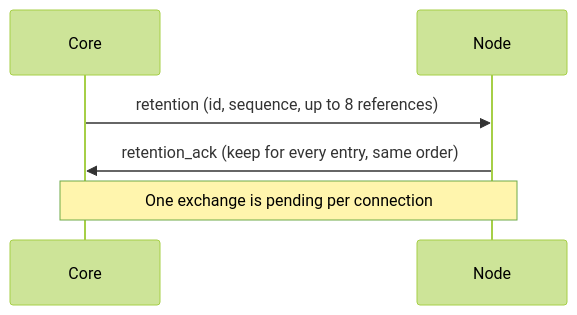
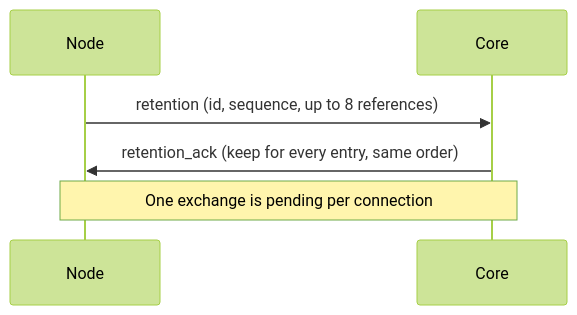
One commit to MiniMax-AI/OpenAgentCore changed the third of 3 diagrams in contracts/agents-api/node-generation-protocol.md. Above: the diagram before and after it, drawn with Mermaid (forest theme). The commit also changed other lines of this file and 1 other file, not shown here.

Commit message:
Show the node as the sender of retention requests

````diff
--- a/contracts/agents-api/node-generation-protocol.md
+++ b/contracts/agents-api/node-generation-protocol.md
@@ -129,8 +129,8 @@
 ```mermaid
 sequenceDiagram
+    participant N as Node
     participant C as Core
-    participant N as Node
-    C->>N: retention (id, sequence, up to 8 references)
-    N->>C: retention_ack (keep for every entry, same order)
+    N->>C: retention (id, sequence, up to 8 references)
+    C->>N: retention_ack (keep for every entry, same order)
     Note over C,N: One exchange is pending per connection
 ```
````
